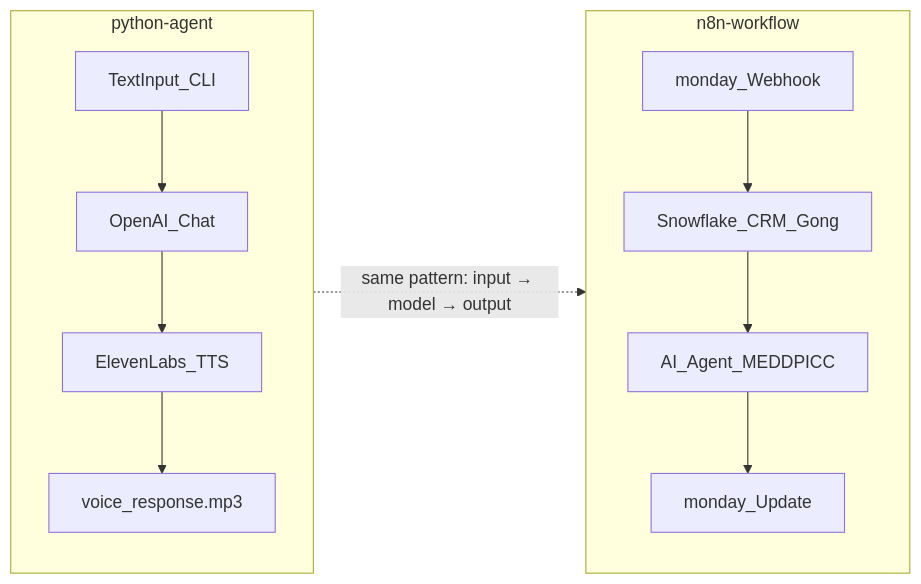
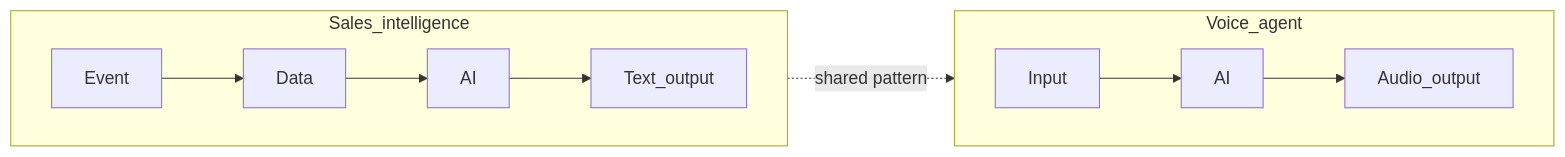
One commit to marcosdestri/ElevenLabs changed the fourth of 4 diagrams in docs/architecture.md. Above: the diagram before and after it, drawn with Mermaid. The commit also changed other lines of this file and 9 other files, not shown here.

````diff
--- a/docs/architecture.md
+++ b/docs/architecture.md
@@ -125,20 +130,14 @@
 ```mermaid
 flowchart LR
-  subgraph voiceAgent [python-agent]
-    Input[TextInput_CLI]
-    LLM[OpenAI_Chat]
-    TTS[ElevenLabs_TTS]
-    MP3[voice_response.mp3]
-    Input --> LLM --> TTS --> MP3
+  subgraph sales [Sales_intelligence]
+    direction LR
+    S1[Event] --> S2[Data] --> S3[AI] --> S4[Text_output]
   end
 
-  subgraph n8nFlow [n8n-workflow]
-    WH[monday_Webhook]
-    SF[Snowflake_CRM_Gong]
-    Agent[AI_Agent_MEDDPICC]
-    Update[monday_Update]
-    WH --> SF --> Agent --> Update
+  subgraph voice [Voice_agent]
+    direction LR
+    V1[Input] --> V2[AI] --> V3[Audio_output]
   end
 
-  voiceAgent -.->|"same pattern: input → model → output"| n8nFlow
+  sales -.->|"shared pattern"| voice
 ```
````
